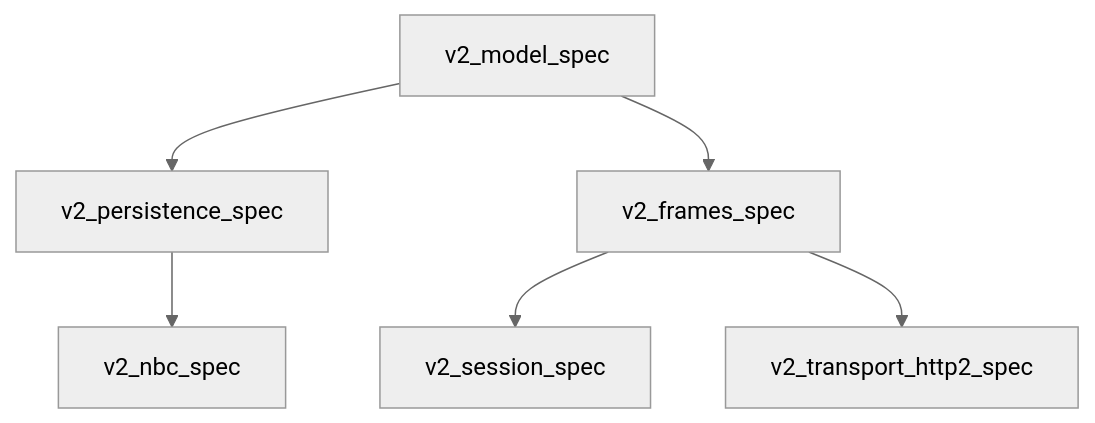
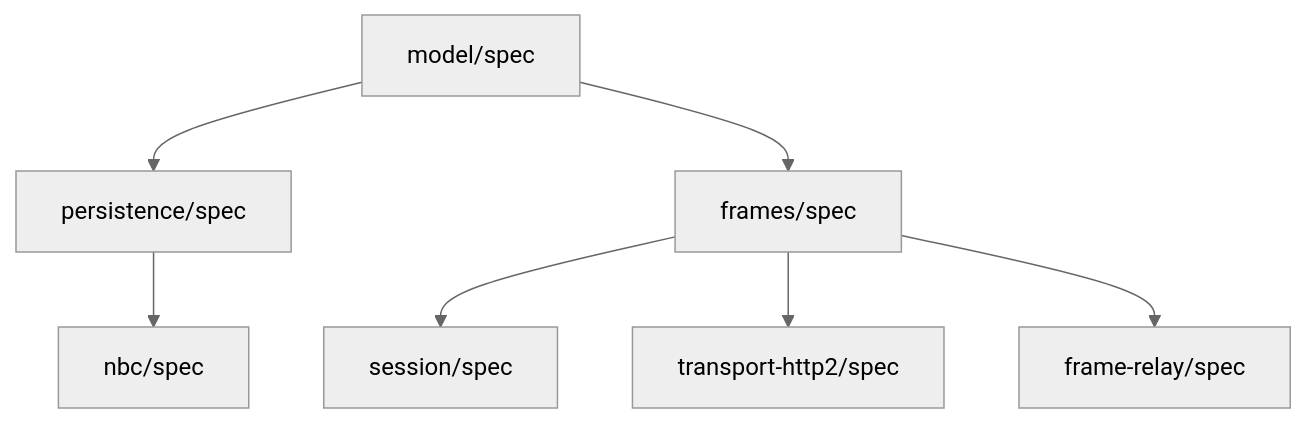
The second of 2 diagrams in packages/README.md (khoralabs/open-binding-protocol), drawn with Mermaid (neutral theme) before and after one commit. The commit also changed other lines of this file and 8 other files, not shown here.

````diff
--- a/packages/README.md
+++ b/packages/README.md
@@ -63,14 +73,16 @@
 ```mermaid
 flowchart TB
-  modelPkg[v2_model_spec]
-  persistPkg[v2_persistence_spec]
-  nbcPkg[v2_nbc_spec]
-  framesPkg[v2_frames_spec]
-  sessionPkg[v2_session_spec]
-  http2Pkg[v2_transport_http2_spec]
-  modelPkg --> persistPkg
-  modelPkg --> framesPkg
-  persistPkg --> nbcPkg
-  framesPkg --> sessionPkg
-  framesPkg --> http2Pkg
+  modelSpec[model/spec]
+  persistSpec[persistence/spec]
+  nbcSpec[nbc/spec]
+  framesSpec[frames/spec]
+  sessionSpec[session/spec]
+  http2Spec[transport-http2/spec]
+  relaySpec[frame-relay/spec]
+  modelSpec --> persistSpec
+  modelSpec --> framesSpec
+  persistSpec --> nbcSpec
+  framesSpec --> sessionSpec
+  framesSpec --> http2Spec
+  framesSpec --> relaySpec
 ```
````
